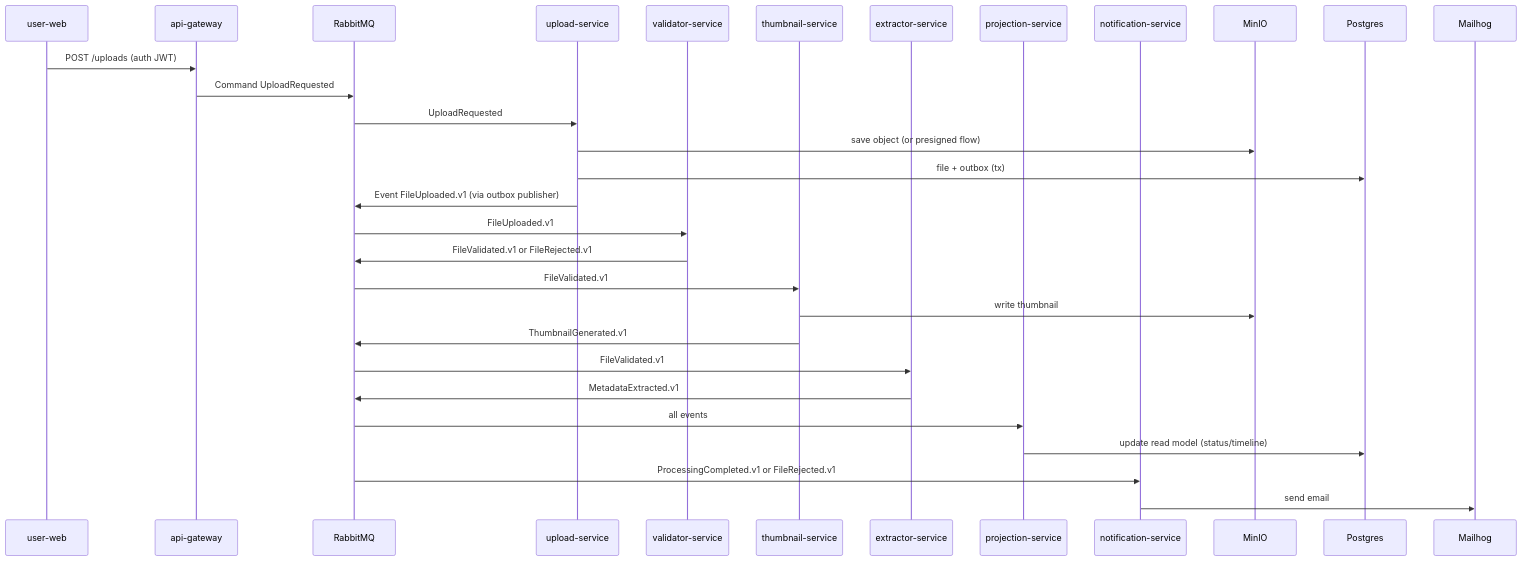
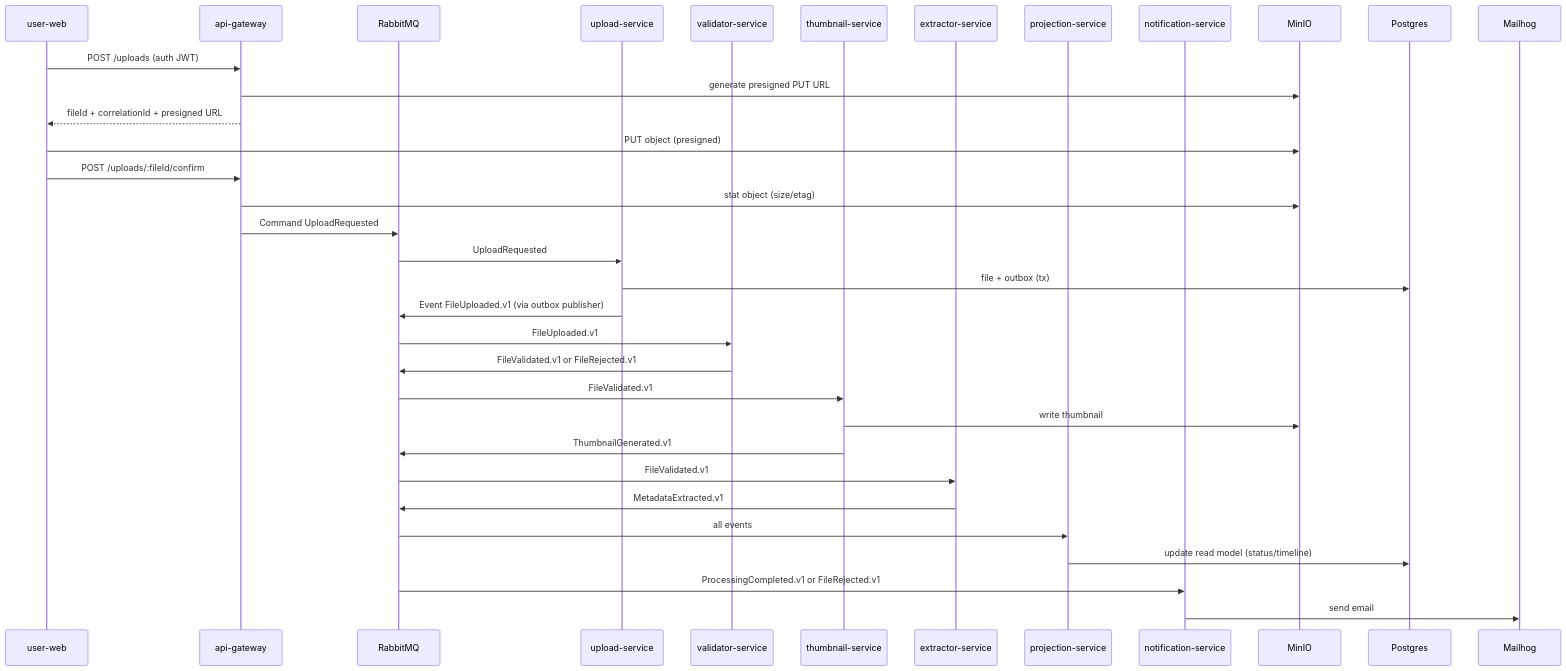
One commit to AlexandreNoguez/event-driven-design-monorepo-example changed the first of 2 diagrams in README.md. Above: the diagram before and after it, drawn with Mermaid. The commit also changed other lines of this file and 1 other file, not shown here.

Commit message:
docs(readme): document tactical DDD structure and presigned upload confirmation flow

````diff
--- a/README.md
+++ b/README.md
@@ -337,37 +338,41 @@
 ```mermaid
 sequenceDiagram
   participant U as user-web
   participant G as api-gateway
   participant MQ as RabbitMQ
   participant UP as upload-service
   participant V as validator-service
   participant T as thumbnail-service
   participant E as extractor-service
   participant P as projection-service
   participant N as notification-service
   participant S3 as MinIO
   participant DB as Postgres
 
   U->>G: POST /uploads (auth JWT)
+  G->>S3: generate presigned PUT URL
+  G-->>U: fileId + correlationId + presigned URL
+  U->>S3: PUT object (presigned)
+  U->>G: POST /uploads/:fileId/confirm
+  G->>S3: stat object (size/etag)
   G->>MQ: Command UploadRequested
   MQ->>UP: UploadRequested
-  UP->>S3: save object (or presigned flow)
   UP->>DB: file + outbox (tx)
   UP->>MQ: Event FileUploaded.v1 (via outbox publisher)
 
   MQ->>V: FileUploaded.v1
   V->>MQ: FileValidated.v1 or FileRejected.v1
 
   MQ->>T: FileValidated.v1
   T->>S3: write thumbnail
   T->>MQ: ThumbnailGenerated.v1
 
   MQ->>E: FileValidated.v1
   E->>MQ: MetadataExtracted.v1
 
   MQ->>P: all events
   P->>DB: update read model (status/timeline)
 
   MQ->>N: ProcessingCompleted.v1 or FileRejected.v1
   N->>Mailhog: send email
 ```
````
